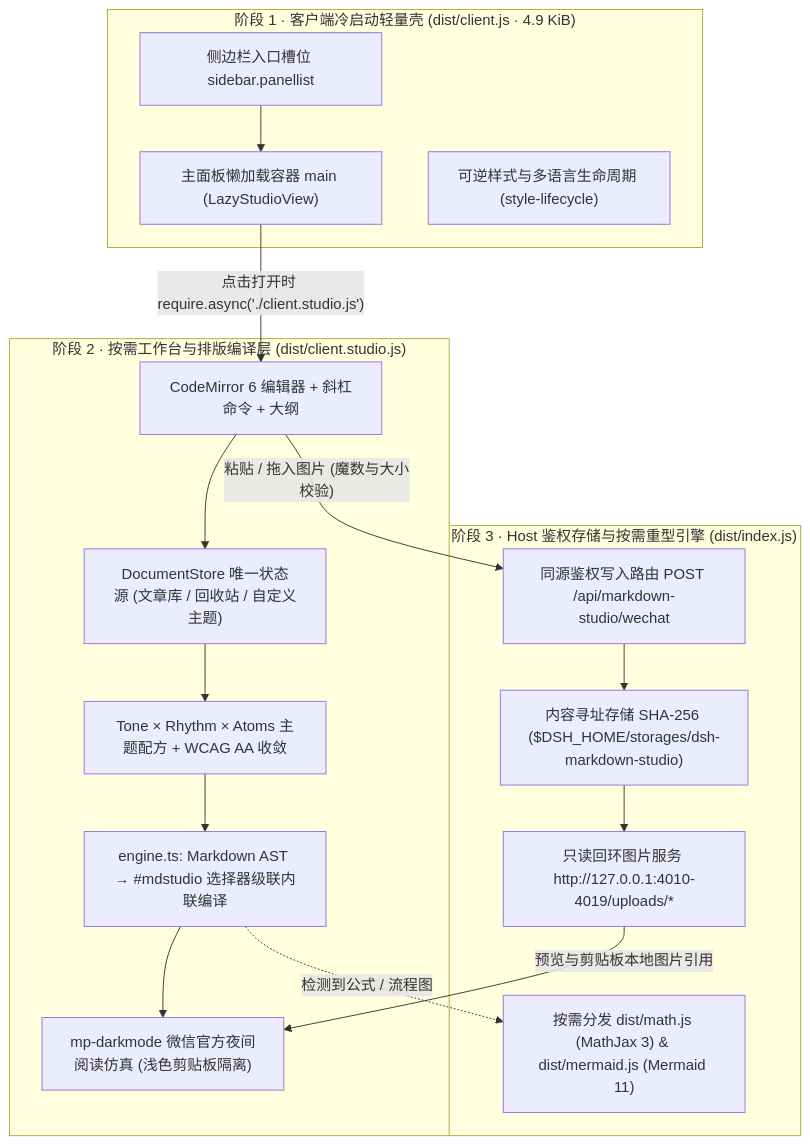
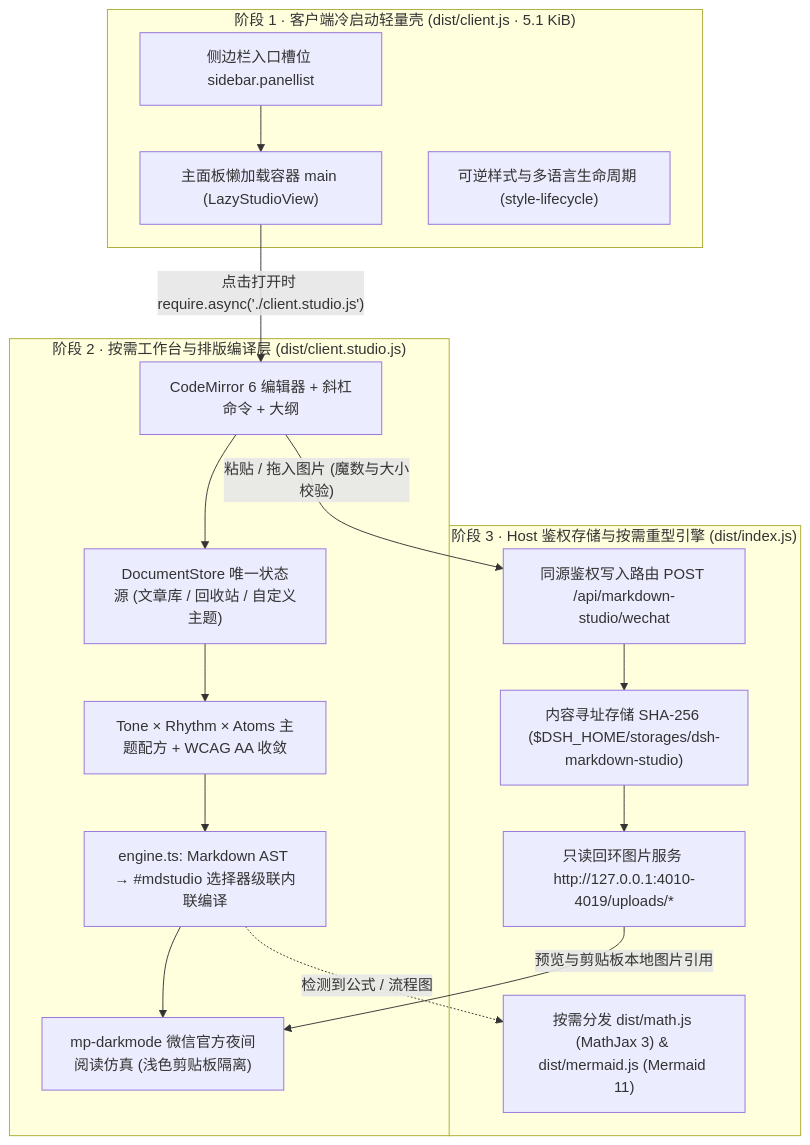
The diagram in docs/DEVELOPMENT.zh-CN.md (Geekhyt/dsh-markdown-studio), drawn with Mermaid before and after one commit. The commit also changed other lines of this file and 26 other files, not shown here.

Commit message:
chore(release): v0.1.10 — container-driven responsive layout, unified overlay lifecycle, caret slash anchor, programmatic selection guard, dark tinted-paper & Mermaid export fix

````diff
--- a/docs/DEVELOPMENT.zh-CN.md
+++ b/docs/DEVELOPMENT.zh-CN.md
@@ -18,31 +18,31 @@
 ```mermaid
 flowchart TB
-  subgraph S1["阶段 1 · 客户端冷启动轻量壳 (dist/client.js · 4.9 KiB)"]
+  subgraph S1["阶段 1 · 客户端冷启动轻量壳 (dist/client.js · 5.1 KiB)"]
     ICON["侧边栏入口槽位 sidebar.panellist"]
     LAZY["主面板懒加载容器 main (LazyStudioView)"]
     LIFE["可逆样式与多语言生命周期 (style-lifecycle)"]
     ICON --> LAZY
   end
 
   subgraph S2["阶段 2 · 按需工作台与排版编译层 (dist/client.studio.js)"]
     CM["CodeMirror 6 编辑器 + 斜杠命令 + 大纲"]
     STORE["DocumentStore 唯一状态源 (文章库 / 回收站 / 自定义主题)"]
     THEME["Tone × Rhythm × Atoms 主题配方 + WCAG AA 收敛"]
     CASCADE["engine.ts: Markdown AST → #mdstudio 选择器级联内联编译"]
     DARK["mp-darkmode 微信官方夜间阅读仿真 (浅色剪贴板隔离)"]
     CM --> STORE --> THEME --> CASCADE --> DARK
   end
 
   subgraph S3["阶段 3 · Host 鉴权存储与按需重型引擎 (dist/index.js)"]
     WRITE["同源鉴权写入路由 POST /api/markdown-studio/wechat"]
     CAS["内容寻址存储 SHA-256 ($DSH_HOME/storages/dsh-markdown-studio)"]
     LOOP["只读回环图片服务 http://127.0.0.1:4010-4019/uploads/*"]
     ENGINES["按需分发 dist/math.js (MathJax 3) & dist/mermaid.js (Mermaid 11)"]
     WRITE --> CAS --> LOOP
   end
 
   LAZY -->|"点击打开时 require.async('./client.studio.js')"| CM
   CASCADE -.->|"检测到公式 / 流程图"| ENGINES
   CM -->|"粘贴 / 拖入图片 (魔数与大小校验)"| WRITE
   LOOP -->|"预览与剪贴板本地图片引用"| DARK
 ```
````
